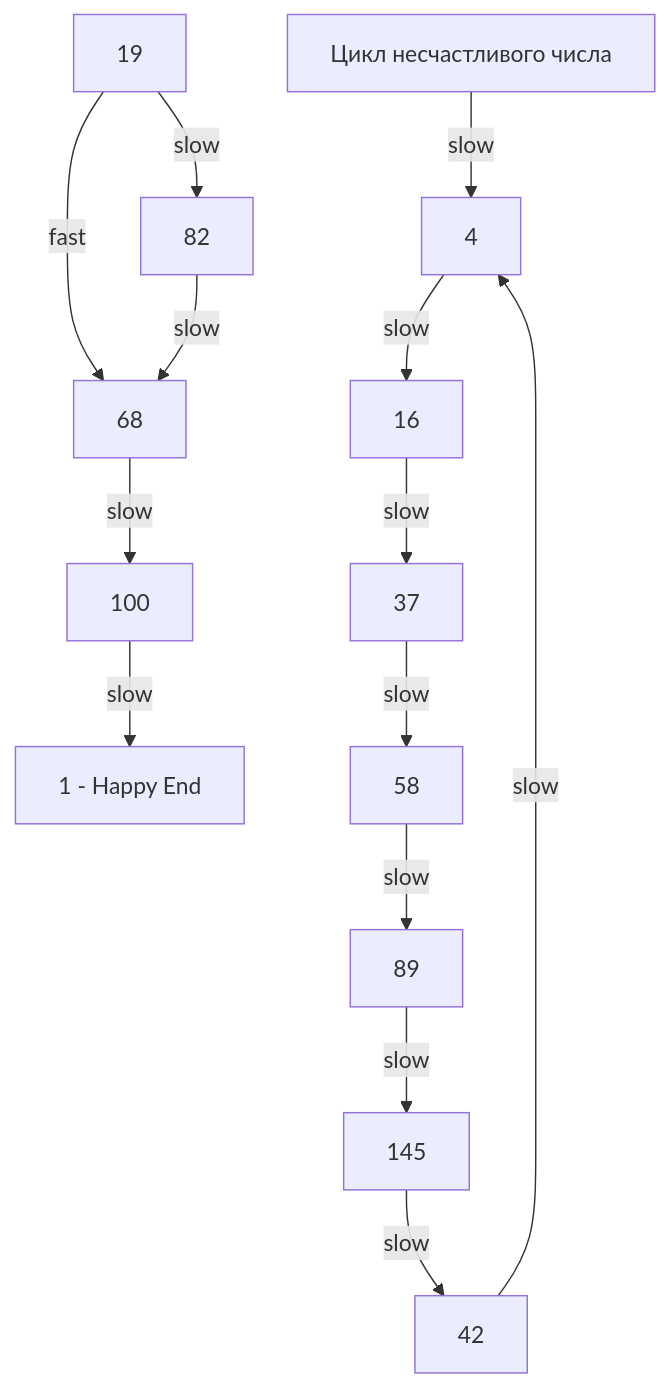
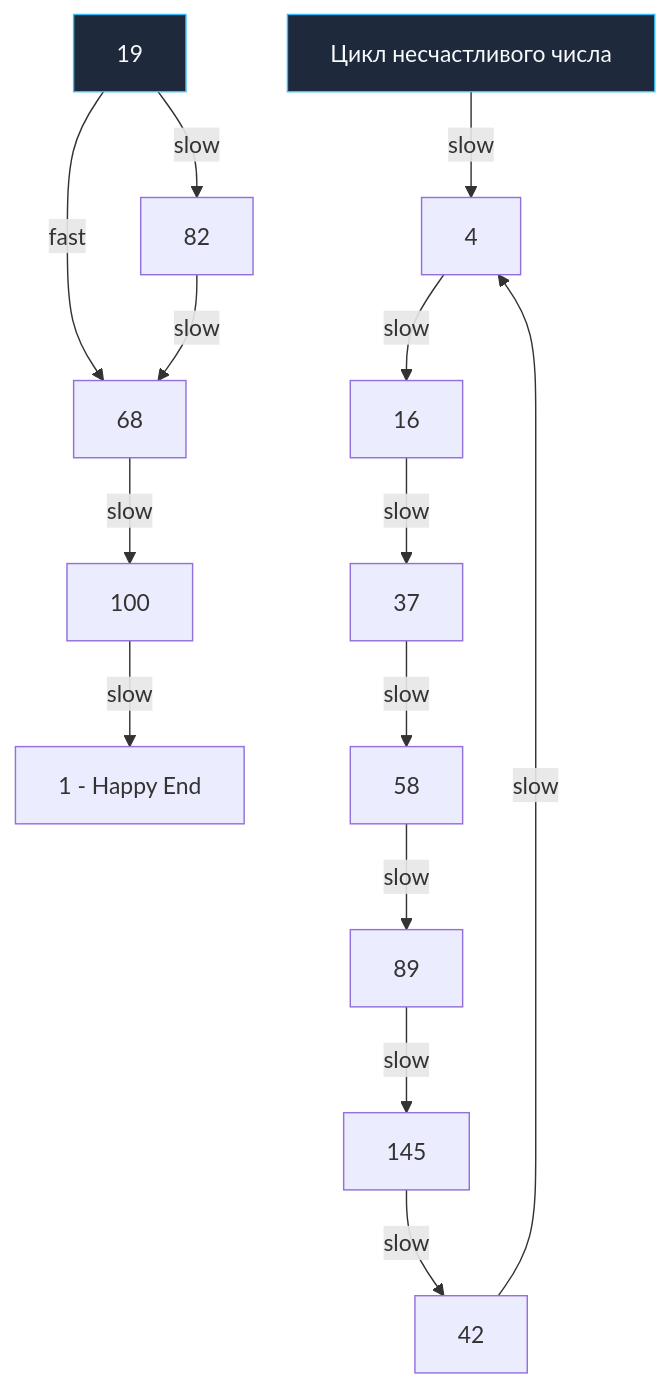
Before and after one commit to UnrealTemplier/go-textbook: the diagram in sources/21. Задачи с LeetCode и собеседований на Go/02. Задачи/05. Хеш таблицы/6. Happy Number.md, drawn with Mermaid. The commit also changed 1666 other files, not shown here.

First line of the commit message:
feat(mermaid): add semantic color classDef to 1369 colorless flowchart/graph diagrams

````diff
--- a/sources/21. Задачи с LeetCode и собеседований на Go/02. Задачи/05. Хеш таблицы/6. Happy Number.md
+++ b/sources/21. Задачи с LeetCode и собеседований на Go/02. Задачи/05. Хеш таблицы/6. Happy Number.md
@@ -79,17 +79,27 @@
 ```mermaid
 flowchart TD
-    A["19"] -->|"slow"| B["82"]
+    classDef process  fill:#1e293b,stroke:#38bdf8,stroke-width:1px,color:#f8fafc
+    classDef success  fill:#064e3b,stroke:#34d399,stroke-width:1px,color:#f8fafc
+    classDef error    fill:#7f1d1d,stroke:#f87171,stroke-width:1px,color:#f8fafc
+    classDef warning  fill:#78350f,stroke:#fbbf24,stroke-width:1px,color:#f8fafc
+    classDef entry    fill:#1e3a5f,stroke:#38bdf8,stroke-width:2px,color:#f8fafc
+    classDef aux      fill:#334155,stroke:#64748b,stroke-width:1px,color:#f8fafc
+    classDef system   fill:#312e81,stroke:#a78bfa,stroke-width:1px,color:#f8fafc
+    classDef data     fill:#132d29,stroke:#2dd4bf,stroke-width:1px,color:#f8fafc
+    classDef network  fill:#881337,stroke:#fb7185,stroke-width:1px,color:#f8fafc
+    classDef accent   fill:#1e1b4b,stroke:#818cf8,stroke-width:1px,color:#f8fafc
+    A["19"]:::process -->|"slow"| B["82"]
     A -->|"fast"| C["68"]
     B -->|"slow"| C
     C -->|"slow"| D["100"]
     D -->|"slow"| E["1 - Happy End"]
     
-    F["Цикл несчастливого числа"] -->|"slow"| G["4"]
+    F["Цикл несчастливого числа"]:::process -->|"slow"| G["4"]
     G -->|"slow"| H["16"]
     H -->|"slow"| I["37"]
     I -->|"slow"| J["58"]
     J -->|"slow"| K["89"]
     K -->|"slow"| L["145"]
     L -->|"slow"| M["42"]
     M -->|"slow"| G
 ```
````
